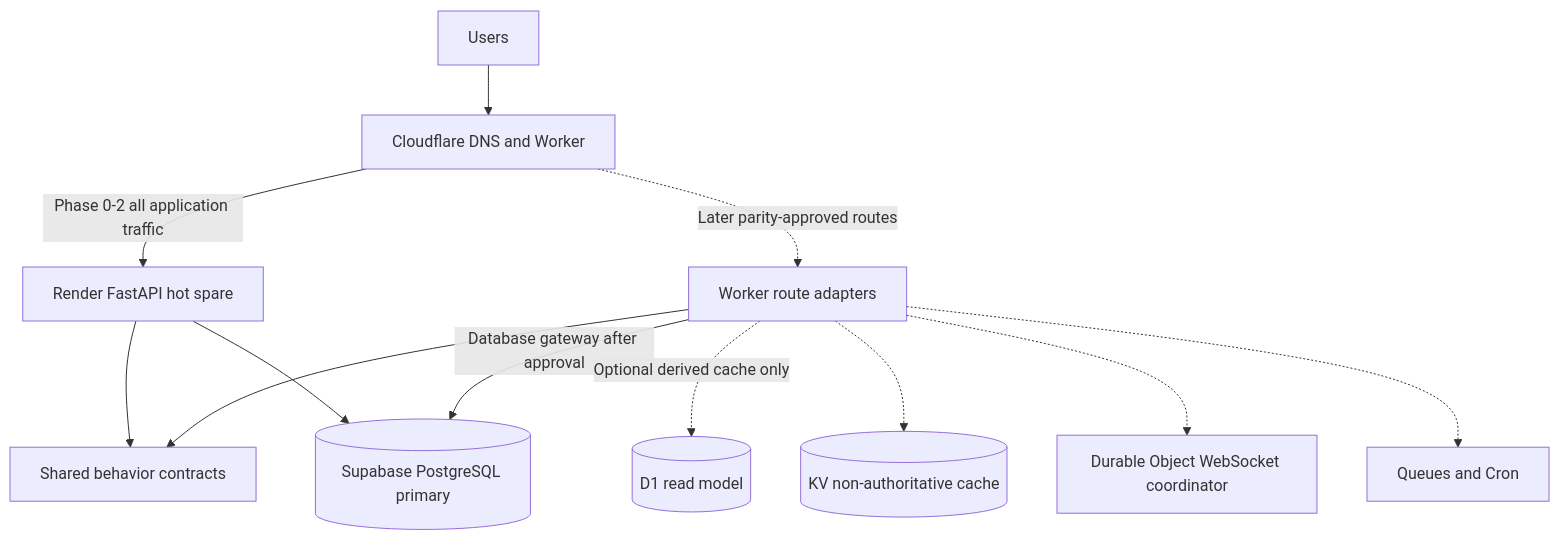
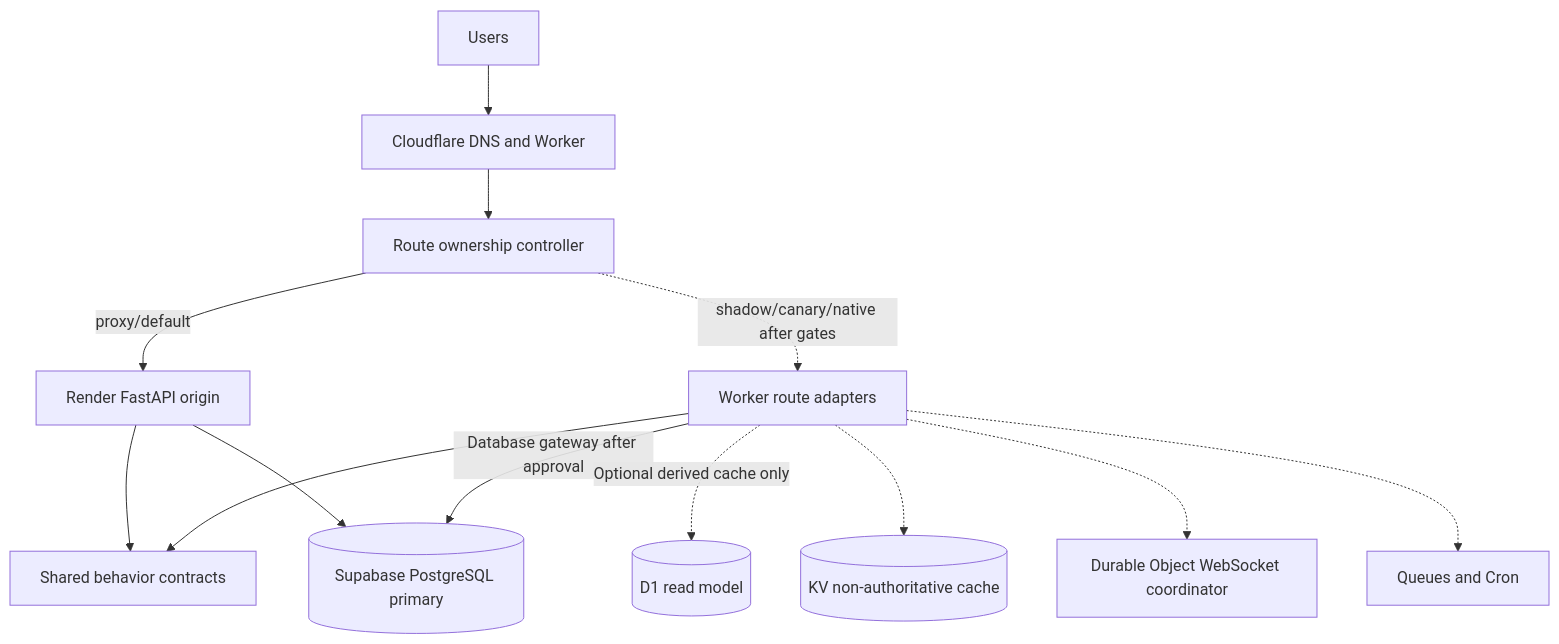
Before and after one commit to cjdawgs/SherryJo_Cal_App: the diagram in docs/architecture/dual_platform_modernization.md, drawn with Mermaid. The commit also changed other lines of this file and 83 other files, not shown here.

````diff
--- a/docs/architecture/dual_platform_modernization.md
+++ b/docs/architecture/dual_platform_modernization.md
@@ -28,14 +28,15 @@
 ```mermaid
 flowchart TD
     U[Users] --> CF[Cloudflare DNS and Worker]
-    CF -->|Phase 0-2 all application traffic| R[Render FastAPI hot spare]
-    CF -.->|Later parity-approved routes| WR[Worker route adapters]
+  CF --> RC[Route ownership controller]
+  RC -->|proxy/default| R[Render FastAPI origin]
+  RC -.->|shadow/canary/native after gates| WR[Worker route adapters]
     R --> CORE[Shared behavior contracts]
     WR --> CORE
     R --> PG[(Supabase PostgreSQL primary)]
     WR -->|Database gateway after approval| PG
     WR -.->|Optional derived cache only| D1[(D1 read model)]
     WR -.-> KV[(KV non-authoritative cache)]
     WR -.-> DO[Durable Object WebSocket coordinator]
     WR -.-> Q[Queues and Cron]
 ```
````
